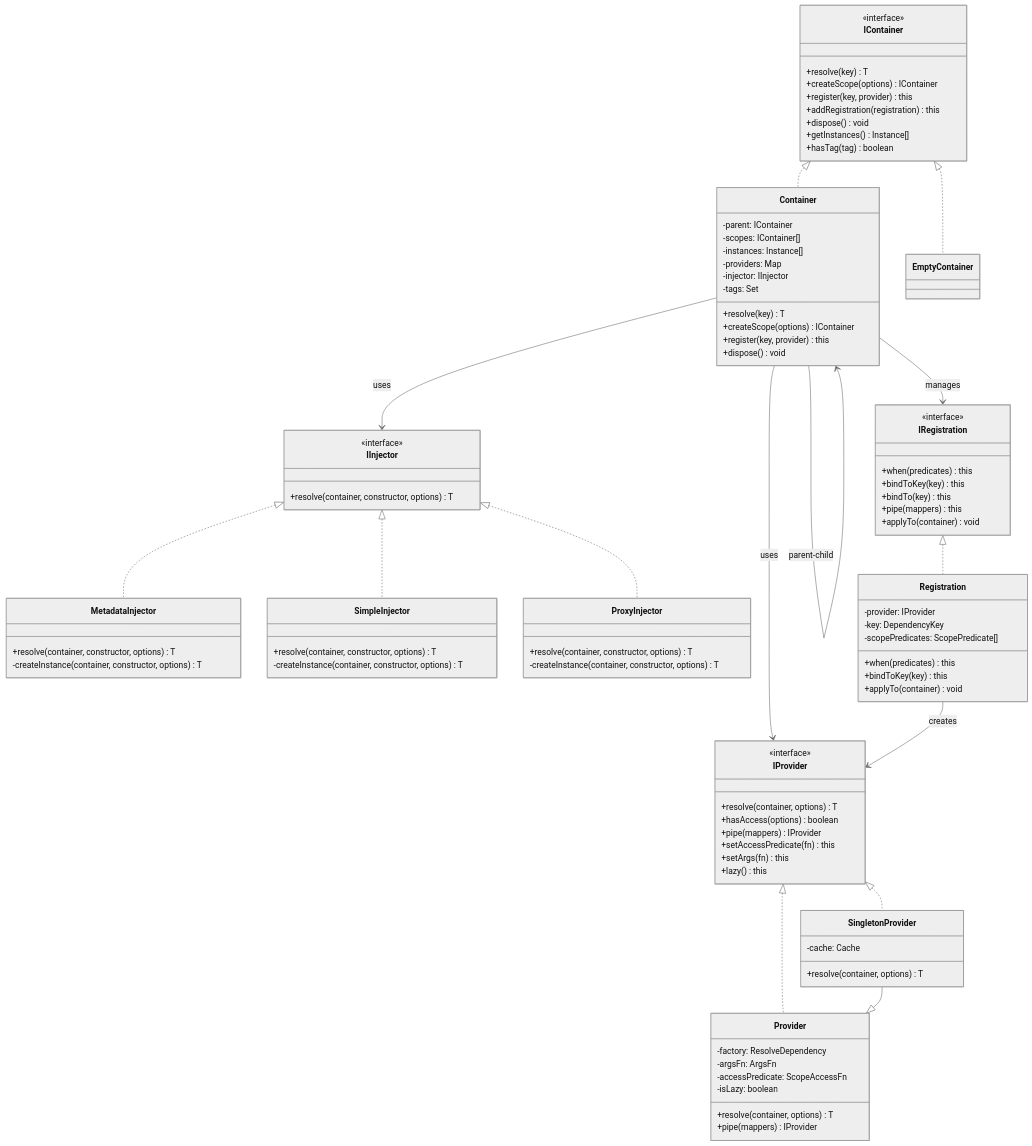
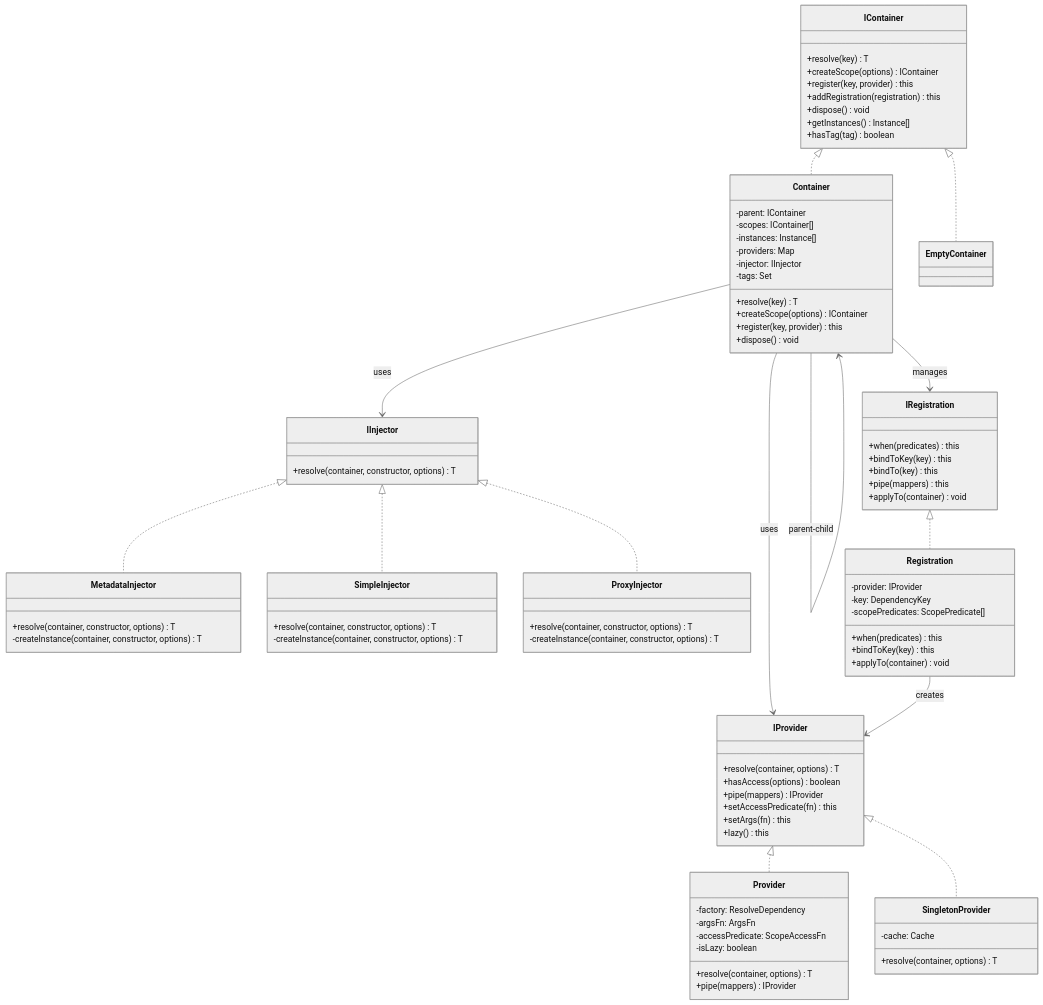
The diagram in docs/src/diagrams/class-diagram.mermaid (IgorBabkin/ts-ioc-container), drawn with Mermaid (neutral theme) before and after one commit.

```diff
--- a/docs/src/diagrams/class-diagram.mermaid
+++ b/docs/src/diagrams/class-diagram.mermaid
@@ -1,101 +1,96 @@
 classDiagram
     class IContainer {
-        <<interface>>
         +resolve(key) T
         +createScope(options) IContainer
         +register(key, provider) this
         +addRegistration(registration) this
         +dispose() void
         +getInstances() Instance[]
         +hasTag(tag) boolean
     }
-    
+
     class Container {
         -parent: IContainer
         -scopes: IContainer[]
         -instances: Instance[]
         -providers: Map
         -injector: IInjector
         -tags: Set
         +resolve(key) T
         +createScope(options) IContainer
         +register(key, provider) this
         +dispose() void
     }
-    
+
     class IProvider {
-        <<interface>>
         +resolve(container, options) T
         +hasAccess(options) boolean
         +pipe(mappers) IProvider
         +setAccessPredicate(fn) this
         +setArgs(fn) this
         +lazy() this
     }
-    
+
     class Provider {
         -factory: ResolveDependency
         -argsFn: ArgsFn
         -accessPredicate: ScopeAccessFn
         -isLazy: boolean
         +resolve(container, options) T
         +pipe(mappers) IProvider
     }
-    
+
     class SingletonProvider {
         -cache: Cache
         +resolve(container, options) T
     }
-    
+
     class IInjector {
-        <<interface>>
         +resolve(container, constructor, options) T
     }
-    
+
     class MetadataInjector {
         +resolve(container, constructor, options) T
         -createInstance(container, constructor, options) T
     }
-    
+
     class SimpleInjector {
         +resolve(container, constructor, options) T
         -createInstance(container, constructor, options) T
     }
-    
+
     class ProxyInjector {
         +resolve(container, constructor, options) T
         -createInstance(container, constructor, options) T
     }
-    
+
     class IRegistration {
-        <<interface>>
         +when(predicates) this
         +bindToKey(key) this
         +bindTo(key) this
         +pipe(mappers) this
         +applyTo(container) void
     }
-    
+
     class Registration {
         -provider: IProvider
         -key: DependencyKey
         -scopePredicates: ScopePredicate[]
         +when(predicates) this
         +bindToKey(key) this
         +applyTo(container) void
     }
-    
+
     IContainer <|.. Container
     IContainer <|.. EmptyContainer
     Container --> IProvider : uses
     Container --> IInjector : uses
     Container --> IRegistration : manages
     IProvider <|.. Provider
     IProvider <|.. SingletonProvider
-    SingletonProvider --|> Provider
     IInjector <|.. MetadataInjector
     IInjector <|.. SimpleInjector
     IInjector <|.. ProxyInjector
     IRegistration <|.. Registration
     Registration --> IProvider : creates
     Container --> Container : parent-child
```
